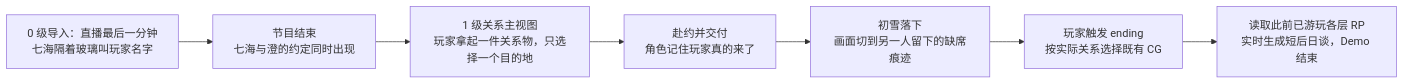
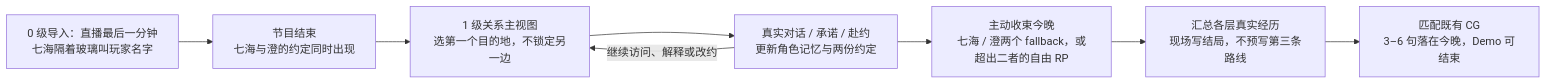
One commit to LudicDynamics/hackathon changed the eighth of 9 diagrams in docs/doc-24-五世界可玩Demo体验设计.md. Above: the diagram before and after it, drawn with Mermaid. The commit also changed other lines of this file and 6 other files, not shown here.

````diff
--- a/docs/doc-24-五世界可玩Demo体验设计.md
+++ b/docs/doc-24-五世界可玩Demo体验设计.md
@@ -365,9 +365,10 @@
 ```mermaid
 flowchart LR
     A["0 级导入：直播最后一分钟<br/>七海隔着玻璃叫玩家名字"] --> B["节目结束<br/>七海与澄的约定同时出现"]
-    B --> C["1 级关系主视图<br/>玩家拿起一件关系物，只选择一个目的地"]
-    C --> D["赴约并交付<br/>角色记住玩家真的来了"]
-    D --> E["初雪落下<br/>画面切到另一人留下的缺席痕迹"]
-    E --> F["玩家触发 ending<br/>按实际关系选择既有 CG"]
-    F --> G["读取此前已游玩各层 RP<br/>实时生成短后日谈，Demo 结束"]
+    B --> C["1 级关系主视图<br/>选第一个目的地，不锁定另一边"]
+    C --> D["真实对话 / 承诺 / 赴约<br/>更新角色记忆与两份约定"]
+    D -->|继续访问、解释或改约| C
+    D --> E["主动收束今晚<br/>七海 / 澄两个 fallback，或超出二者的自由 RP"]
+    E --> F["汇总各层真实经历<br/>现场写结局，不预写第三条路线"]
+    F --> G["匹配既有 CG<br/>3–6 句落在今晚，Demo 可结束"]
 ```
````
